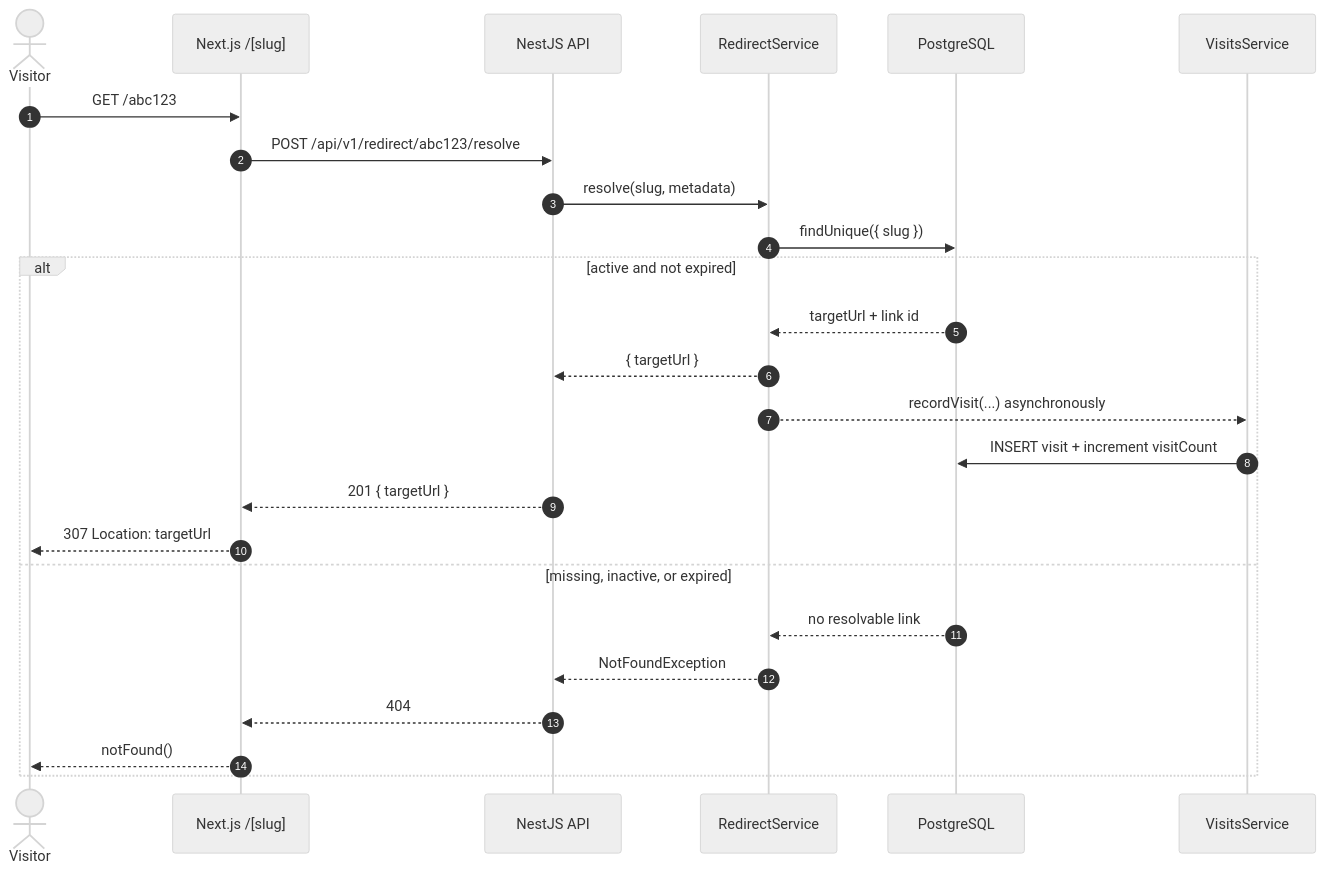
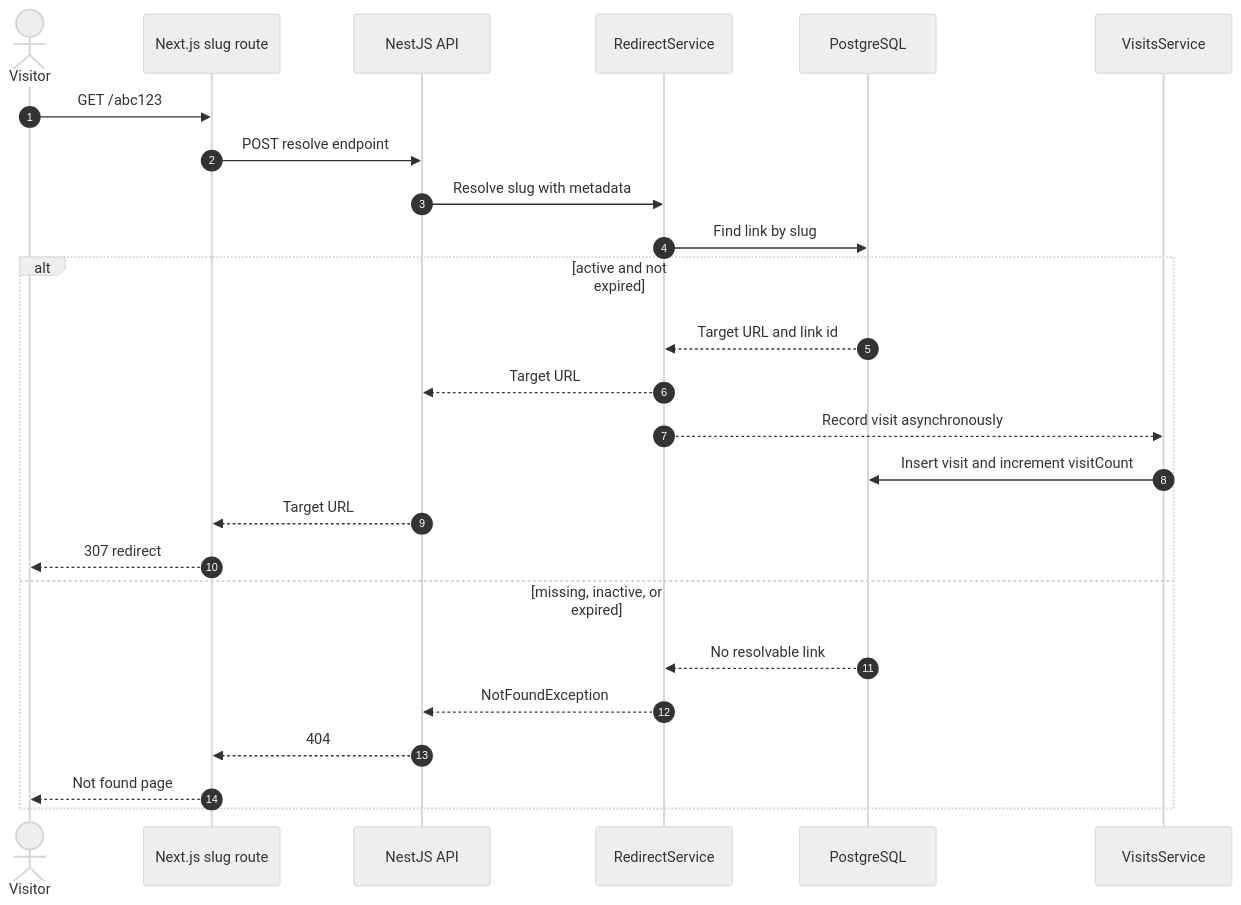
Before and after one commit to gokhanozer/deeporigin: the second of 2 diagrams in docs/IMPLEMENTATION.md, drawn with Mermaid (neutral theme). The commit also changed other lines of this file, not shown here.

Commit message:
Fixed mermaid scripts in the IMPLEMENTATION.md file

````diff
--- a/docs/IMPLEMENTATION.md
+++ b/docs/IMPLEMENTATION.md
@@ -322,28 +322,28 @@
 ```mermaid
 sequenceDiagram
     autonumber
-    actor Visitor
-    participant Web as Next.js /[slug]
-    participant API as NestJS API
-    participant Redirect as RedirectService
-    participant DB as PostgreSQL
-    participant Visits as VisitsService
+    actor V as Visitor
+    participant W as Next.js slug route
+    participant A as NestJS API
+    participant R as RedirectService
+    participant D as PostgreSQL
+    participant VS as VisitsService
 
-    Visitor->>Web: GET /abc123
-    Web->>API: POST /api/v1/redirect/abc123/resolve
-    API->>Redirect: resolve(slug, metadata)
-    Redirect->>DB: findUnique({ slug })
+    V->>W: GET /abc123
+    W->>A: POST resolve endpoint
+    A->>R: Resolve slug with metadata
+    R->>D: Find link by slug
     alt active and not expired
-        DB-->>Redirect: targetUrl + link id
-        Redirect-->>API: { targetUrl }
-        Redirect-->>Visits: recordVisit(...) asynchronously
-        Visits->>DB: INSERT visit + increment visitCount
-        API-->>Web: 201 { targetUrl }
-        Web-->>Visitor: 307 Location: targetUrl
+        D-->>R: Target URL and link id
+        R-->>A: Target URL
+        R-->>VS: Record visit asynchronously
+        VS->>D: Insert visit and increment visitCount
+        A-->>W: Target URL
+        W-->>V: 307 redirect
     else missing, inactive, or expired
-        DB-->>Redirect: no resolvable link
-        Redirect-->>API: NotFoundException
-        API-->>Web: 404
-        Web-->>Visitor: notFound()
+        D-->>R: No resolvable link
+        R-->>A: NotFoundException
+        A-->>W: 404
+        W-->>V: Not found page
     end
 ```
````
